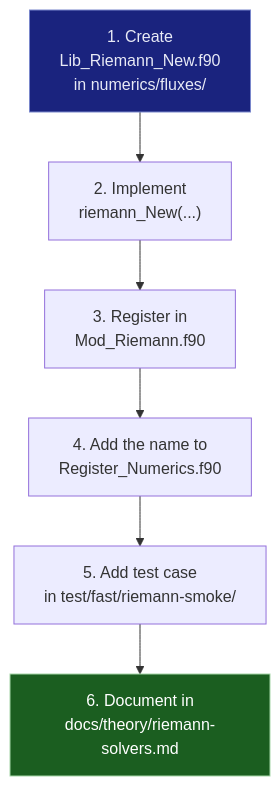
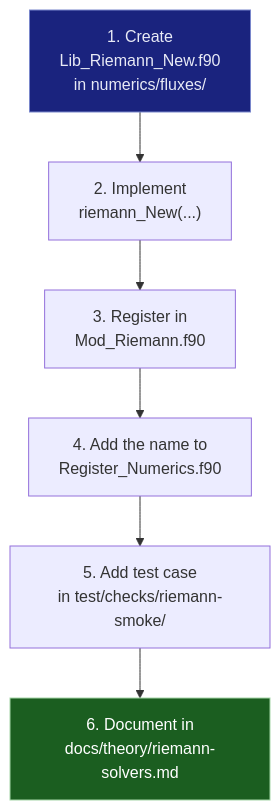
Before and after one commit to open-hydra/MOSE: the second of 4 diagrams in docs/development/contributing.md, drawn with Mermaid. The commit also changed other lines of this file and 215 other files, not shown here.

````diff
--- a/docs/development/contributing.md
+++ b/docs/development/contributing.md
@@ -98,11 +98,11 @@
 ```mermaid
 flowchart TD
     A["1. Create<br/>Lib_Riemann_New.f90<br/>in numerics/fluxes/"] --> B["2. Implement<br/>riemann_New(...)"]
     B --> C["3. Register in<br/>Mod_Riemann.f90"]
     C --> D["4. Add the name to<br/>Register_Numerics.f90"]
-    D --> E["5. Add test case<br/>in test/fast/riemann-smoke/"]
+    D --> E["5. Add test case<br/>in test/checks/riemann-smoke/"]
     E --> F["6. Document in<br/>docs/theory/riemann-solvers.md"]
 
     style A fill:#1a237e,stroke:#7986cb,color:#e8eaf6
     style F fill:#1b5e20,stroke:#a5d6a7,color:#fff
 ```
````
